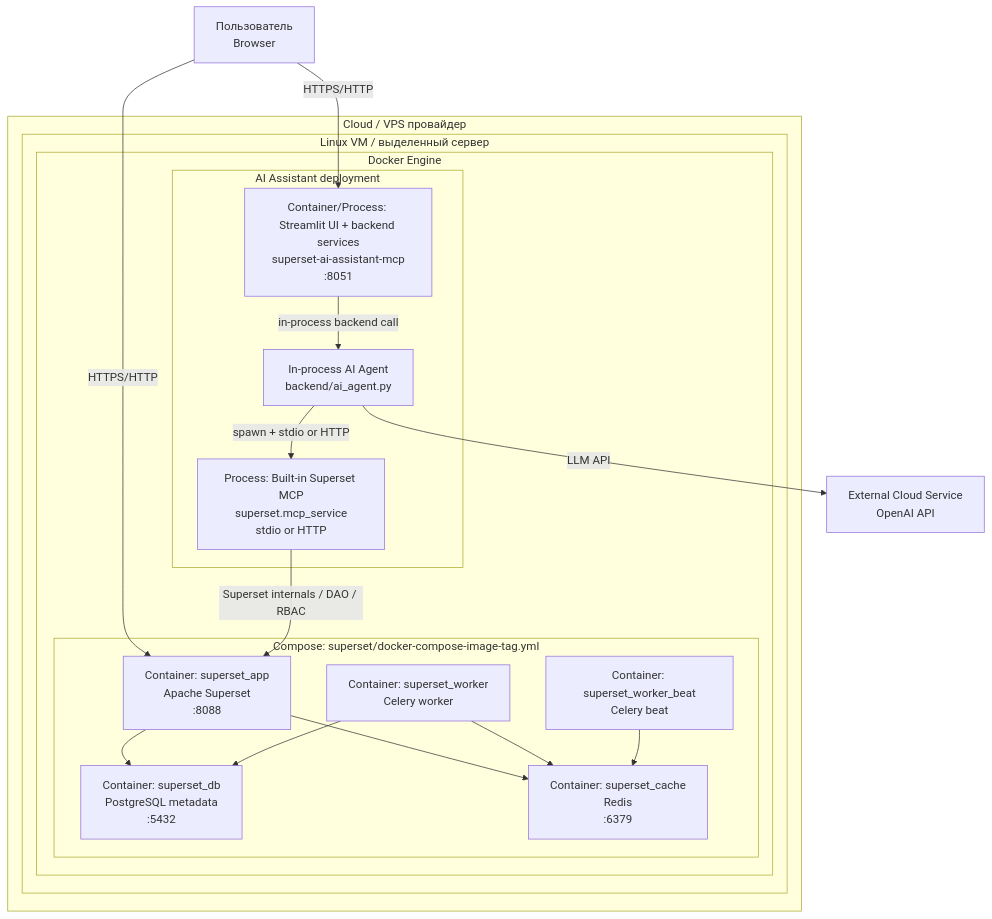
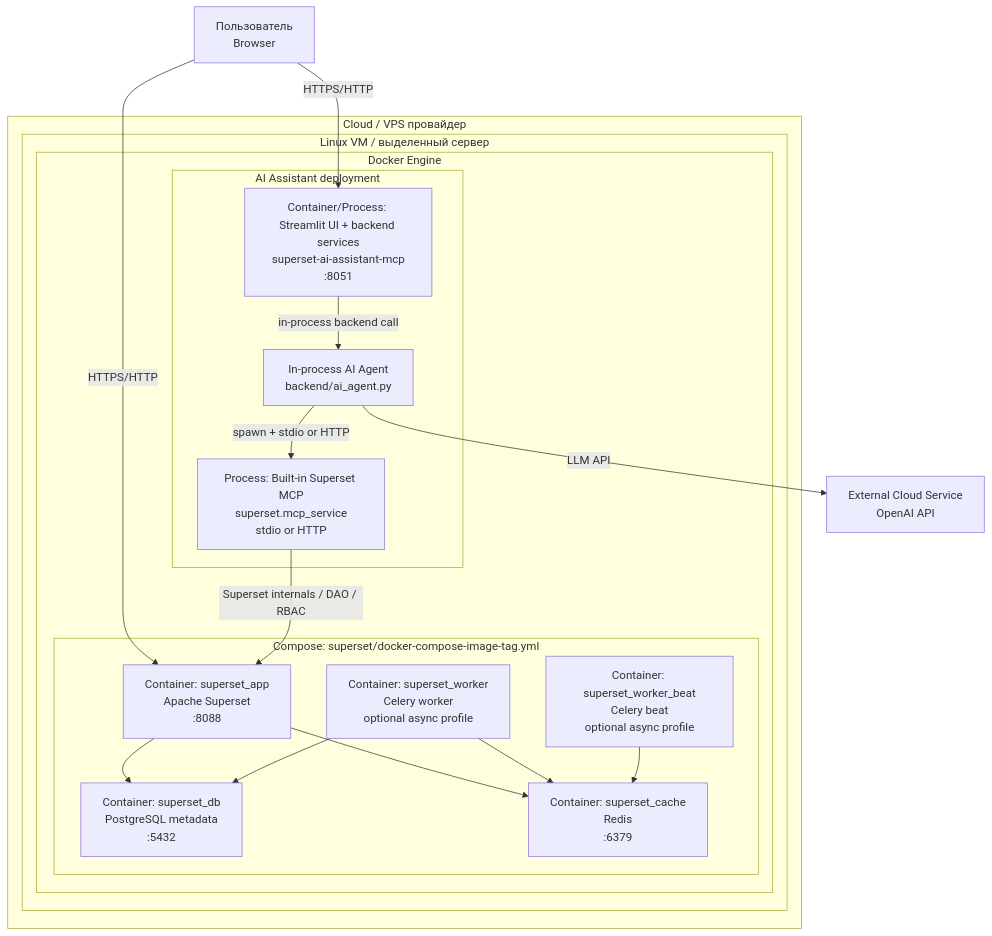
Before and after one commit to SHUBINDENIS/superset_ai: the diagram in docs/deployment.md, drawn with Mermaid. The commit also changed other lines of this file and 6 other files, not shown here.

````diff
--- a/docs/deployment.md
+++ b/docs/deployment.md
@@ -15,39 +16,39 @@
 ```mermaid
 flowchart TB
     user[Пользователь<br/>Browser]
 
     subgraph cloud[Cloud / VPS провайдер]
         subgraph vm[Linux VM / выделенный сервер]
             subgraph docker[Docker Engine]
                 subgraph supstack[Compose: superset/docker-compose-image-tag.yml]
                     superset_app[Container: superset_app<br/>Apache Superset<br/>:8088]
                     superset_db[Container: superset_db<br/>PostgreSQL metadata<br/>:5432]
                     superset_cache[Container: superset_cache<br/>Redis<br/>:6379]
-                    superset_worker[Container: superset_worker<br/>Celery worker]
-                    superset_beat[Container: superset_worker_beat<br/>Celery beat]
+                    superset_worker[Container: superset_worker<br/>Celery worker<br/>optional async profile]
+                    superset_beat[Container: superset_worker_beat<br/>Celery beat<br/>optional async profile]
                 end
 
                 subgraph aistack[AI Assistant deployment]
                     streamlit[Container/Process: Streamlit UI + backend services<br/>superset-ai-assistant-mcp<br/>:8051]
                     agent[In-process AI Agent<br/>backend/ai_agent.py]
                     mcp[Process: Built-in Superset MCP<br/>superset.mcp_service<br/>stdio or HTTP]
                 end
             end
         end
     end
 
     openai[External Cloud Service<br/>OpenAI API]
 
     user -->|HTTPS/HTTP| streamlit
     user -->|HTTPS/HTTP| superset_app
     streamlit -->|in-process backend call| agent
     agent -->|LLM API| openai
     agent -->|spawn + stdio or HTTP| mcp
     mcp -->|Superset internals / DAO / RBAC| superset_app
 
     superset_app --> superset_db
     superset_app --> superset_cache
     superset_worker --> superset_db
     superset_worker --> superset_cache
     superset_beat --> superset_cache
 ```
````
